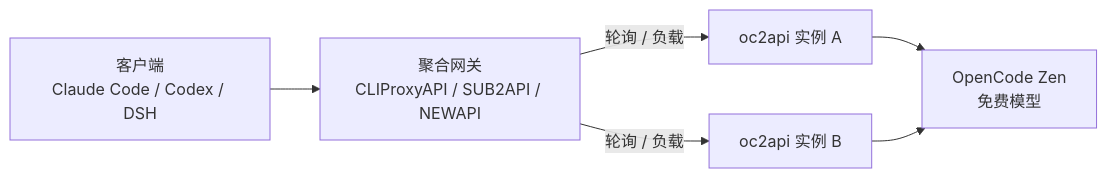
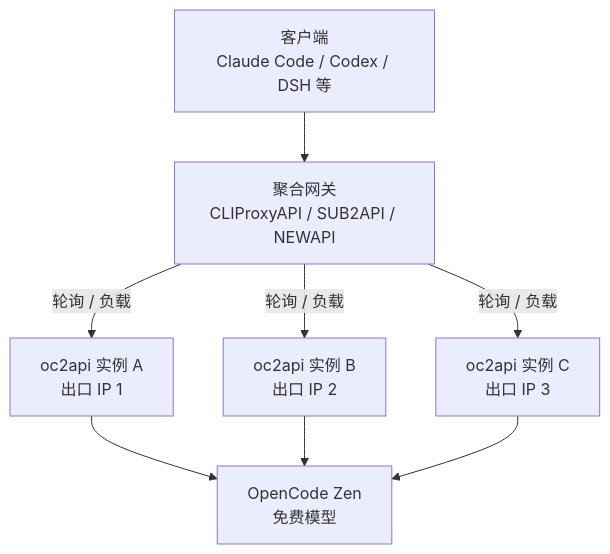
One commit to zhuweiyou/oc2api changed the diagram in README.md. Above: the diagram before and after it, drawn with Mermaid. The commit also changed other lines of this file and 8 other files, not shown here.

````diff
--- a/README.md
+++ b/README.md
@@ -5,14 +5,17 @@
 ```mermaid
-flowchart LR
-    client["客户端<br/>Claude Code / Codex / DSH"]
+flowchart TD
+    client["客户端<br/>Claude Code / Codex / DSH 等"]
     gateway["聚合网关<br/>CLIProxyAPI / SUB2API / NEWAPI"]
-    a["oc2api 实例 A"]
-    b["oc2api 实例 B"]
+    a["oc2api 实例 A<br/>出口 IP 1"]
+    b["oc2api 实例 B<br/>出口 IP 2"]
+    c["oc2api 实例 C<br/>出口 IP 3"]
     zen["OpenCode Zen<br/>免费模型"]
 
     client --> gateway
     gateway -->|轮询 / 负载| a
     gateway -->|轮询 / 负载| b
+    gateway -->|轮询 / 负载| c
     a --> zen
     b --> zen
+    c --> zen
 ```
````
